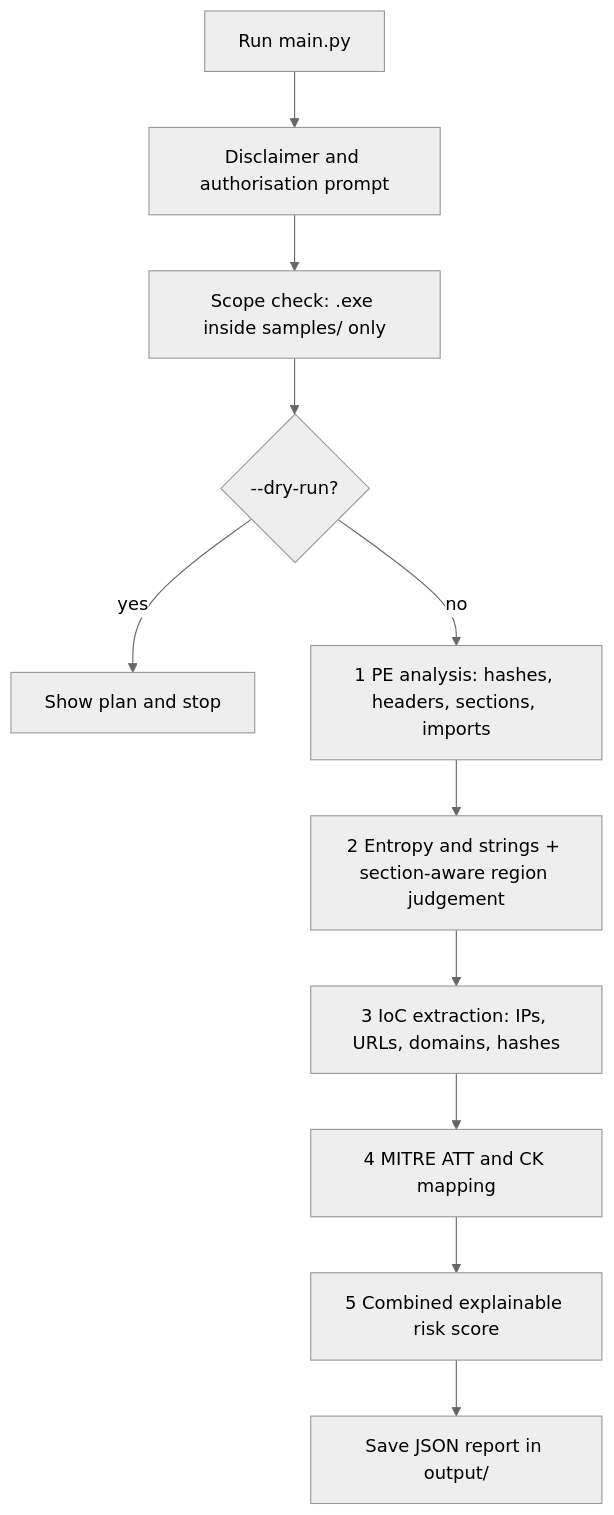
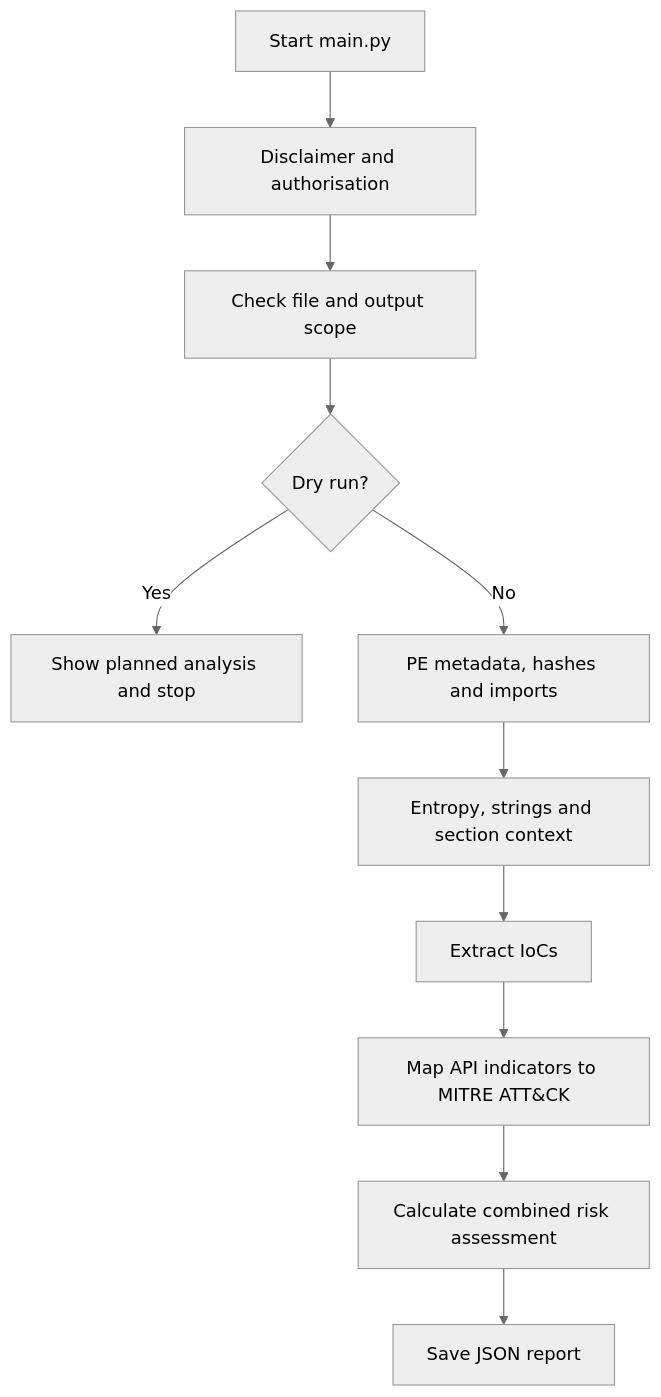
The diagram in README.md (Rydersnake/MalTrace), drawn with Mermaid (neutral theme) before and after one commit. The commit also changed other lines of this file, not shown here.

````diff
--- a/README.md
+++ b/README.md
@@ -77,13 +58,13 @@
 ```mermaid
 flowchart TD
-    A[Run main.py] --> B[Disclaimer and authorisation prompt]
-    B --> C[Scope check: .exe inside samples/ only]
-    C --> D{--dry-run?}
-    D -- yes --> Z[Show plan and stop]
-    D -- no --> E[1 PE analysis: hashes, headers, sections, imports]
-    E --> F[2 Entropy and strings + section-aware region judgement]
-    F --> G[3 IoC extraction: IPs, URLs, domains, hashes]
-    G --> H[4 MITRE ATT and CK mapping]
-    H --> I[5 Combined explainable risk score]
-    I --> J[Save JSON report in output/]
+    A[Start main.py] --> B[Disclaimer and authorisation]
+    B --> C[Check file and output scope]
+    C --> D{Dry run?}
+    D -- Yes --> E[Show planned analysis and stop]
+    D -- No --> F[PE metadata, hashes and imports]
+    F --> G[Entropy, strings and section context]
+    G --> H[Extract IoCs]
+    H --> I[Map API indicators to MITRE ATT&CK]
+    I --> J[Calculate combined risk assessment]
+    J --> K[Save JSON report]
 ```
````
